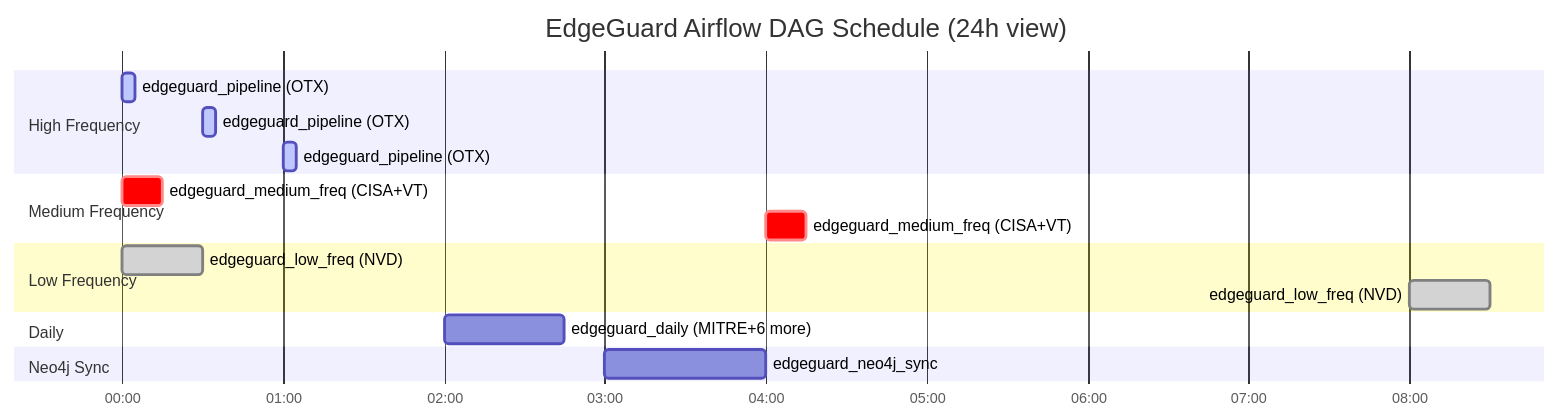
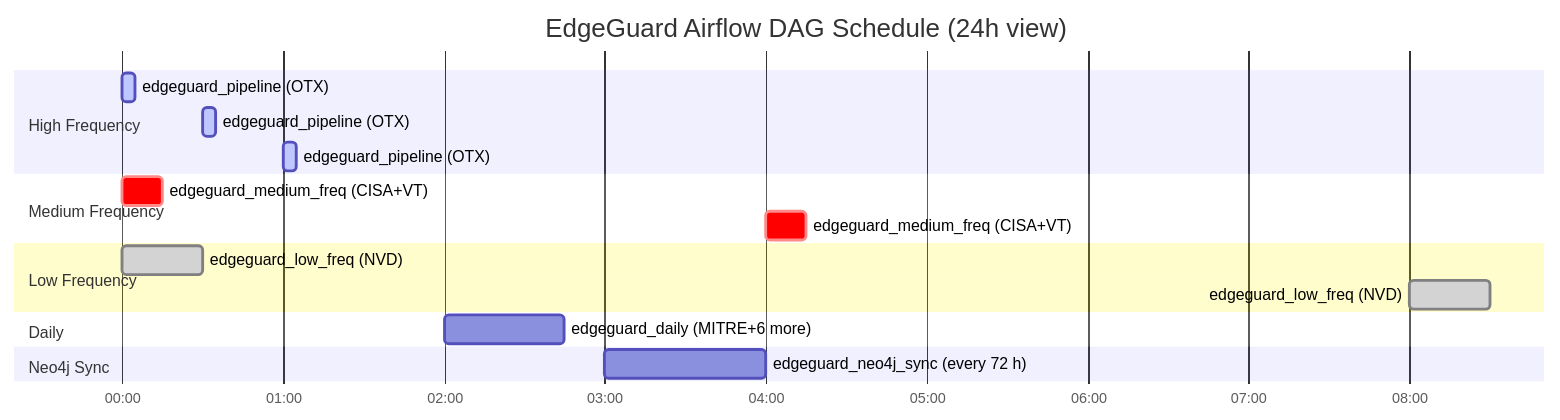
One commit to Kopanov/EdgeGuard-Knowledge-Graph changed the fourth of 8 diagrams in docs/ARCHITECTURE_DIAGRAMS.md. Above: the diagram before and after it, drawn with Mermaid. The commit also changed other lines of this file and 37 other files, not shown here.

````diff
--- a/docs/ARCHITECTURE_DIAGRAMS.md
+++ b/docs/ARCHITECTURE_DIAGRAMS.md
@@ -182,25 +182,25 @@
 ```mermaid
 gantt
     title EdgeGuard Airflow DAG Schedule (24h view)
     dateFormat HH:mm
     axisFormat %H:%M
 
     section High Frequency
     edgeguard_pipeline (OTX)        :active, 00:00, 00:05
     edgeguard_pipeline (OTX)        :active, 00:30, 00:35
     edgeguard_pipeline (OTX)        :active, 01:00, 01:05
 
     section Medium Frequency
     edgeguard_medium_freq (CISA+VT) :crit, 00:00, 00:15
     edgeguard_medium_freq (CISA+VT) :crit, 04:00, 04:15
 
     section Low Frequency
     edgeguard_low_freq (NVD)        :done, 00:00, 00:30
     edgeguard_low_freq (NVD)        :done, 08:00, 08:30
 
     section Daily
     edgeguard_daily (MITRE+6 more)  :02:00, 02:45
 
     section Neo4j Sync
-    edgeguard_neo4j_sync            :03:00, 04:00
+    edgeguard_neo4j_sync (every 72 h) :03:00, 04:00
 ```
````
